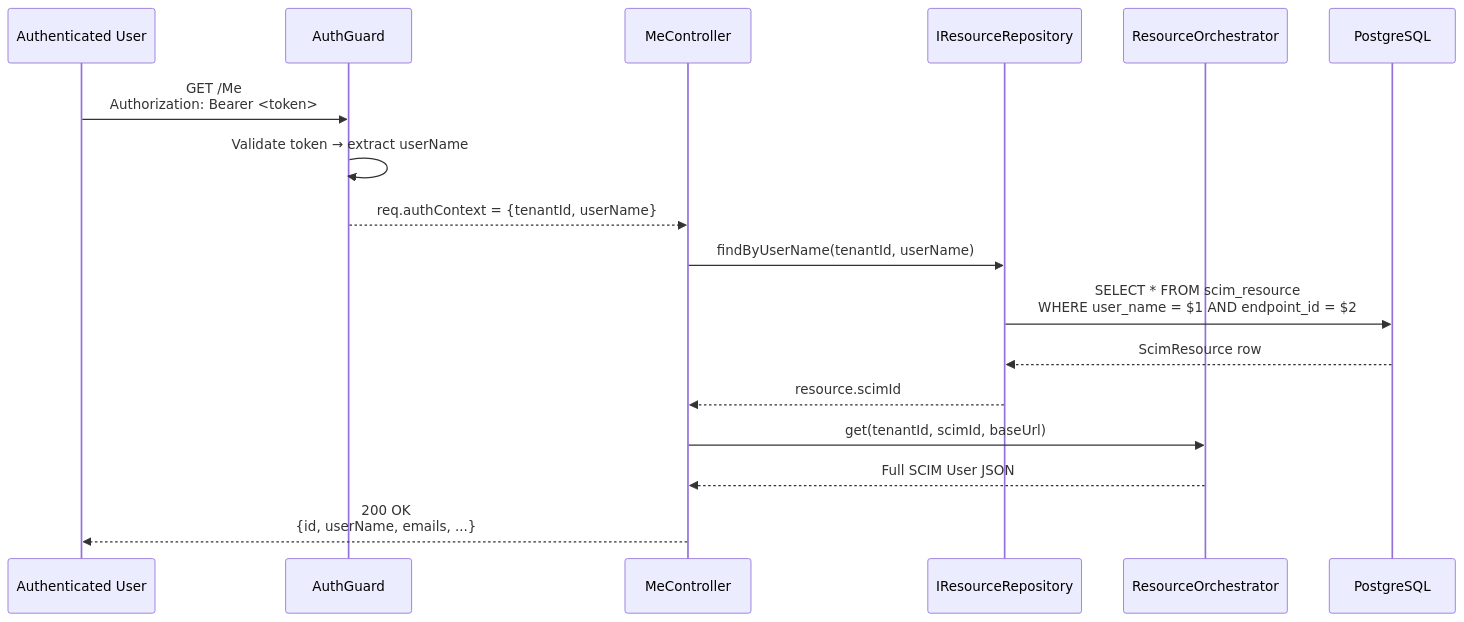
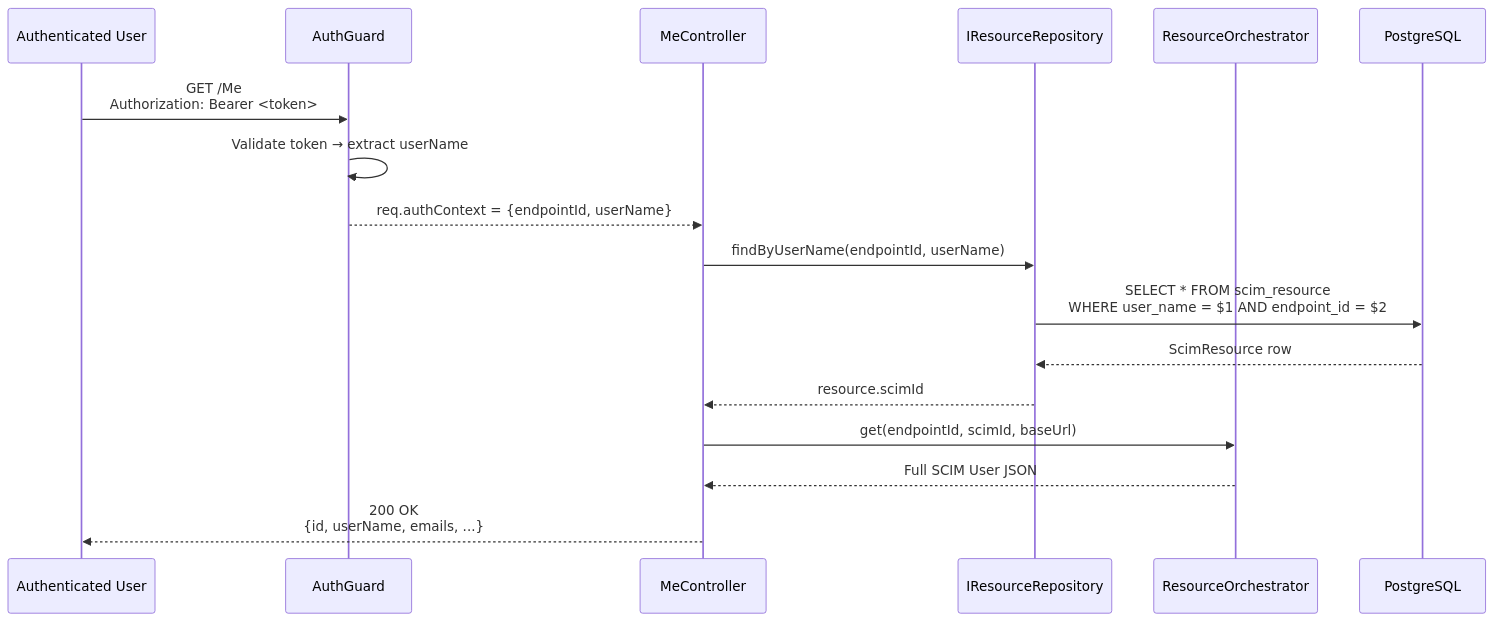
One commit to pranems/SCIMServer changed diagram 17 of 23 in docs/MIGRATION_PLAN_CURRENT_TO_IDEAL_v3_2026-02-20.md. Above: the diagram before and after it, drawn with Mermaid. The commit also changed other lines of this file and 288 other files, not shown here.

````diff
--- a/docs/MIGRATION_PLAN_CURRENT_TO_IDEAL_v3_2026-02-20.md
+++ b/docs/MIGRATION_PLAN_CURRENT_TO_IDEAL_v3_2026-02-20.md
@@ -2156,22 +3208,22 @@
 ```mermaid
 sequenceDiagram
     participant CLIENT as Authenticated User
     participant GUARD as AuthGuard
     participant ME as MeController
     participant REPO as IResourceRepository
     participant ORCH as ResourceOrchestrator
     participant DB as PostgreSQL
 
     CLIENT->>GUARD: GET /Me<br/>Authorization: Bearer <token>
     GUARD->>GUARD: Validate token → extract userName
-    GUARD-->>ME: req.authContext = {tenantId, userName}
+    GUARD-->>ME: req.authContext = {endpointId, userName}
 
-    ME->>REPO: findByUserName(tenantId, userName)
+    ME->>REPO: findByUserName(endpointId, userName)
     REPO->>DB: SELECT * FROM scim_resource<br/>WHERE user_name = $1 AND endpoint_id = $2
     DB-->>REPO: ScimResource row
     REPO-->>ME: resource.scimId
 
-    ME->>ORCH: get(tenantId, scimId, baseUrl)
+    ME->>ORCH: get(endpointId, scimId, baseUrl)
     ORCH-->>ME: Full SCIM User JSON
     ME-->>CLIENT: 200 OK<br/>{id, userName, emails, ...}
 ```
````
